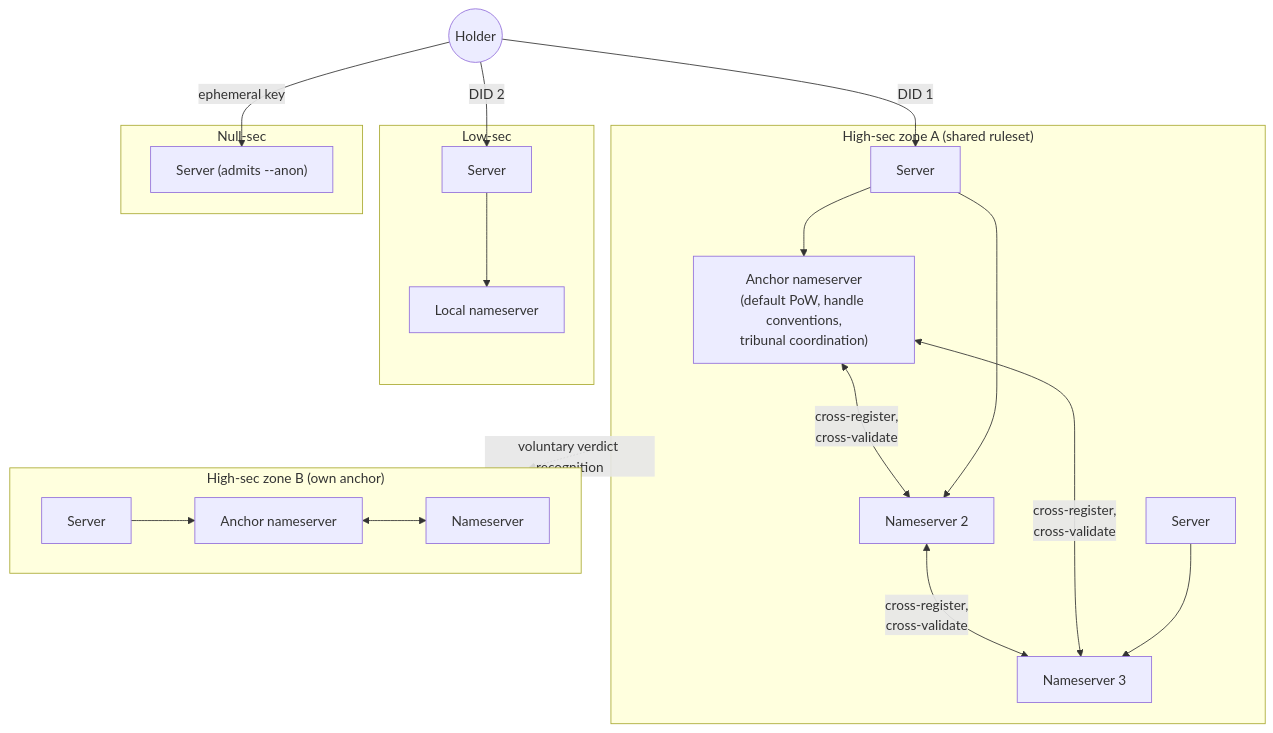
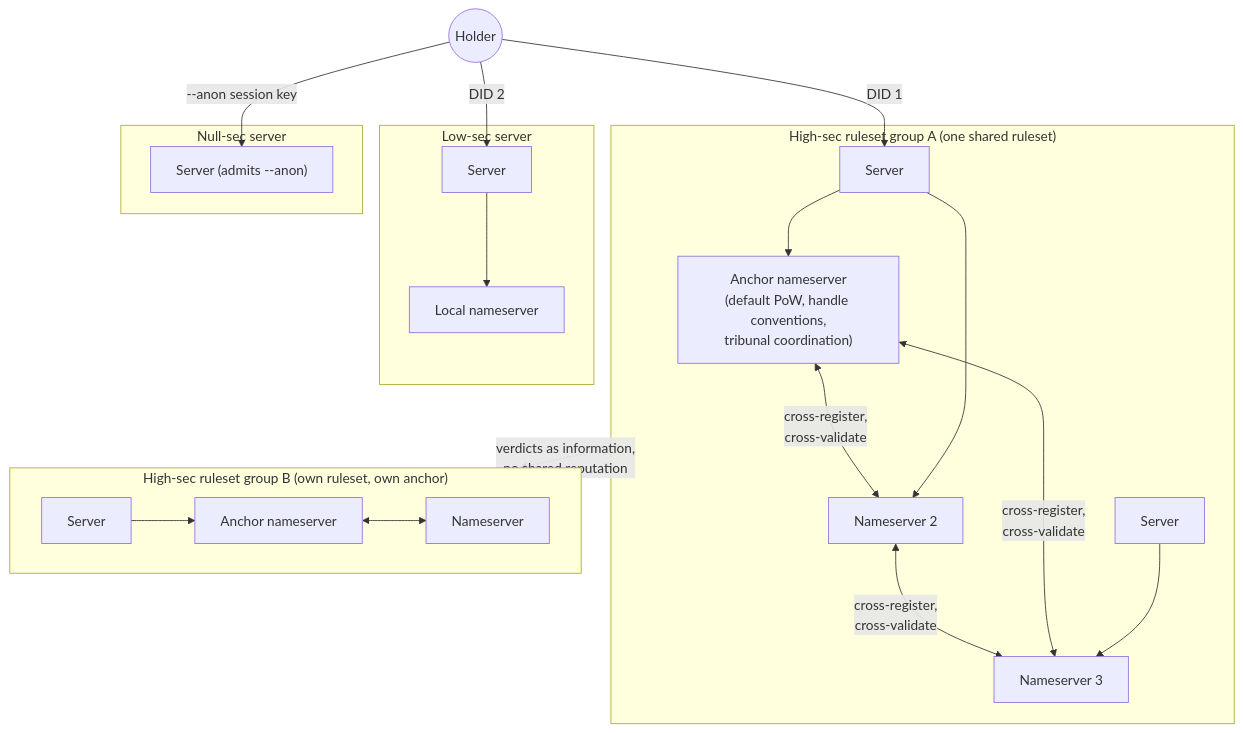
One commit to jig-protocol/jig changed the second of 3 diagrams in docs/whitepaper/trust-federation-identity.md. Above: the diagram before and after it, drawn with Mermaid. The commit also changed other lines of this file and 4 other files, not shown here.

````diff
--- a/docs/whitepaper/trust-federation-identity.md
+++ b/docs/whitepaper/trust-federation-identity.md
@@ -433,36 +541,36 @@
 ```mermaid
 flowchart TB
-    subgraph HS["High-sec zone A (shared ruleset)"]
+    subgraph HS["High-sec ruleset group A (one shared ruleset)"]
         A1["Anchor nameserver<br/>(default PoW, handle conventions,<br/>tribunal coordination)"]
         N2["Nameserver 2"]
         N3["Nameserver 3"]
         SA1["Server"]
         SA2["Server"]
         A1 <-- "cross-register,<br/>cross-validate" --> N2
         N2 <-- "cross-register,<br/>cross-validate" --> N3
         A1 <-- "cross-register,<br/>cross-validate" --> N3
         SA1 --> A1
         SA1 --> N2
         SA2 --> N3
     end
-    subgraph HSB["High-sec zone B (own anchor)"]
+    subgraph HSB["High-sec ruleset group B (own ruleset, own anchor)"]
         B1["Anchor nameserver"]
         B2["Nameserver"]
         SB["Server"]
         B1 <--> B2
         SB --> B1
     end
-    subgraph LS["Low-sec"]
+    subgraph LS["Low-sec server"]
         LN["Local nameserver"]
         LSV["Server"]
         LSV --> LN
     end
-    subgraph NSZ["Null-sec"]
+    subgraph NSZ["Null-sec server"]
         NSV["Server (admits --anon)"]
     end
     H(("Holder"))
     H -- "DID 1" --> SA1
     H -- "DID 2" --> LSV
-    H -- "ephemeral key" --> NSV
-    HS -. "voluntary verdict recognition" .-> HSB
+    H -- "--anon session key" --> NSV
+    HS -. "verdicts as information,<br/>no shared reputation" .-> HSB
 ```
````
